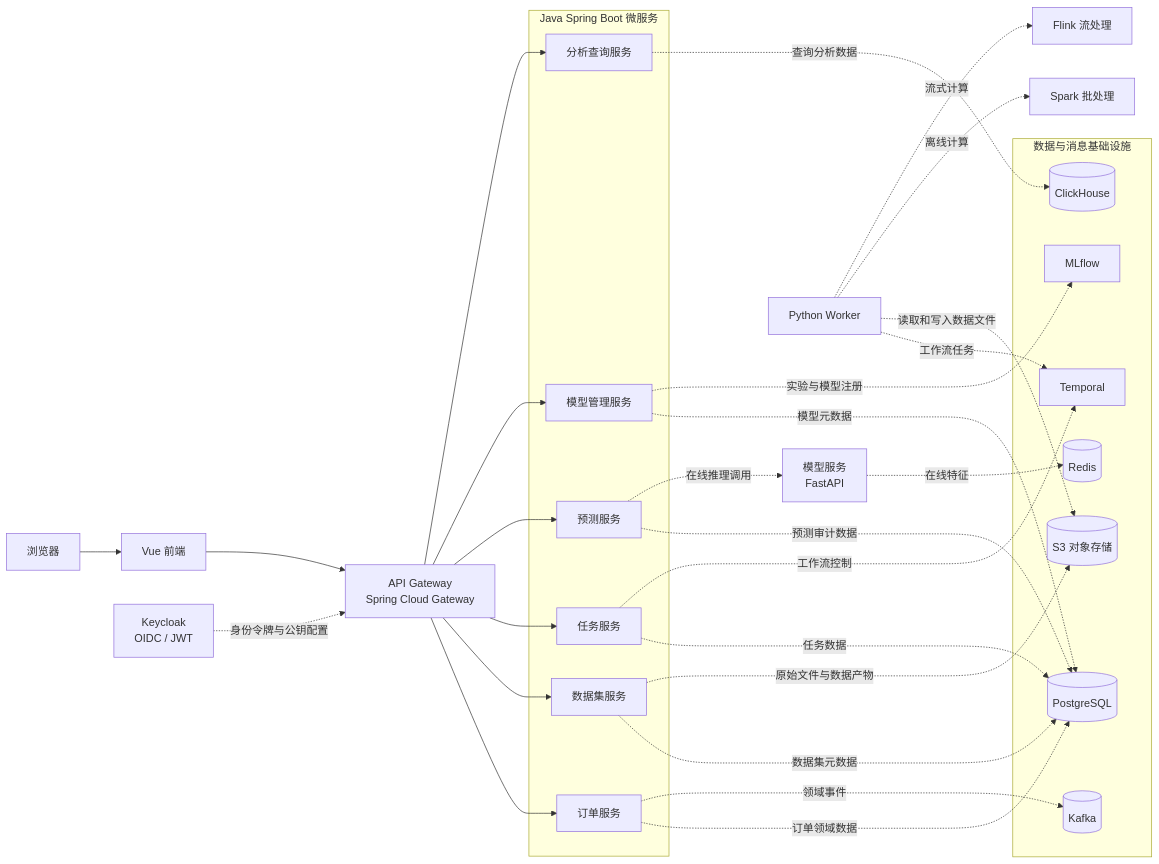
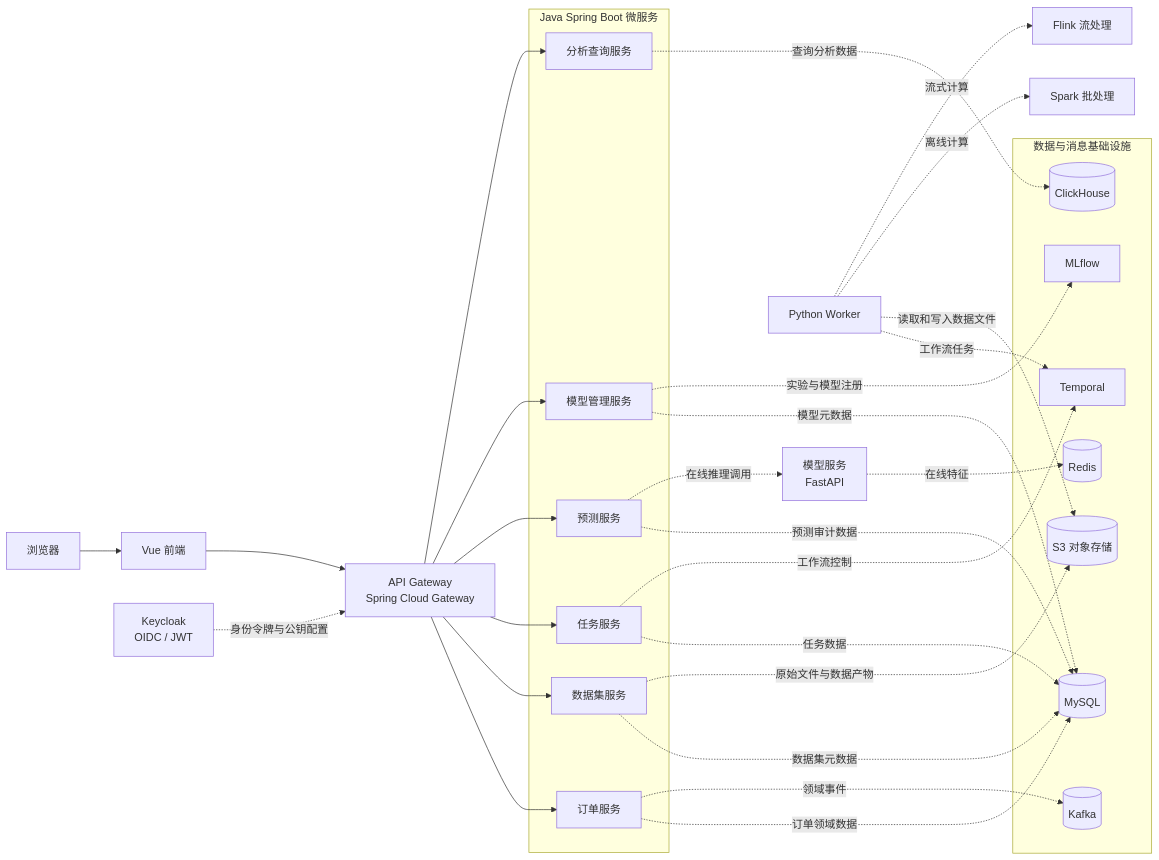
The diagram in docs/architecture.md (WHJ-Hadrian/ML-Based-Order-Delay-Prediction-System-for-Olist), drawn with Mermaid before and after one commit. The commit also changed other lines of this file and 14 other files, not shown here.

````diff
--- a/docs/architecture.md
+++ b/docs/architecture.md
@@ -11,58 +11,58 @@
 ```mermaid
 flowchart LR
     Browser[浏览器]
     Frontend[Vue 前端]
     Gateway["API Gateway<br/>Spring Cloud Gateway"]
     Keycloak["Keycloak<br/>OIDC / JWT"]
 
     subgraph JavaServices[Java Spring Boot 微服务]
         Order[订单服务]
         Dataset[数据集服务]
         Job[任务服务]
         Prediction[预测服务]
         Model[模型管理服务]
         Analytics[分析查询服务]
     end
 
     Serving["模型服务<br/>FastAPI"]
     Workers[Python Worker]
 
     subgraph DataPlatform[数据与消息基础设施]
-        PostgreSQL[(PostgreSQL)]
+        MySQL[(MySQL)]
         Kafka[(Kafka)]
         ObjectStore[(S3 对象存储)]
         Temporal[Temporal]
         ClickHouse[(ClickHouse)]
         MLflow[MLflow]
         Redis[(Redis)]
     end
 
     Spark[Spark 批处理]
     Flink[Flink 流处理]
 
     Browser --> Frontend --> Gateway
     Keycloak -. 身份令牌与公钥配置 .-> Gateway
     Gateway --> Order
     Gateway --> Dataset
     Gateway --> Job
     Gateway --> Prediction
     Gateway --> Model
     Gateway --> Analytics
 
-    Order -. 订单领域数据 .-> PostgreSQL
-    Dataset -. 数据集元数据 .-> PostgreSQL
-    Job -. 任务数据 .-> PostgreSQL
-    Prediction -. 预测审计数据 .-> PostgreSQL
-    Model -. 模型元数据 .-> PostgreSQL
+    Order -. 订单领域数据 .-> MySQL
+    Dataset -. 数据集元数据 .-> MySQL
+    Job -. 任务数据 .-> MySQL
+    Prediction -. 预测审计数据 .-> MySQL
+    Model -. 模型元数据 .-> MySQL
     Analytics -. 查询分析数据 .-> ClickHouse
     Prediction -. 在线推理调用 .-> Serving
     Job -. 工作流控制 .-> Temporal
     Workers -. 工作流任务 .-> Temporal
     Dataset -. 原始文件与数据产物 .-> ObjectStore
     Workers -. 读取和写入数据文件 .-> ObjectStore
     Order -. 领域事件 .-> Kafka
     Model -. 实验与模型注册 .-> MLflow
     Serving -. 在线特征 .-> Redis
     Workers -. 离线计算 .-> Spark
     Workers -. 流式计算 .-> Flink
 ```
````
